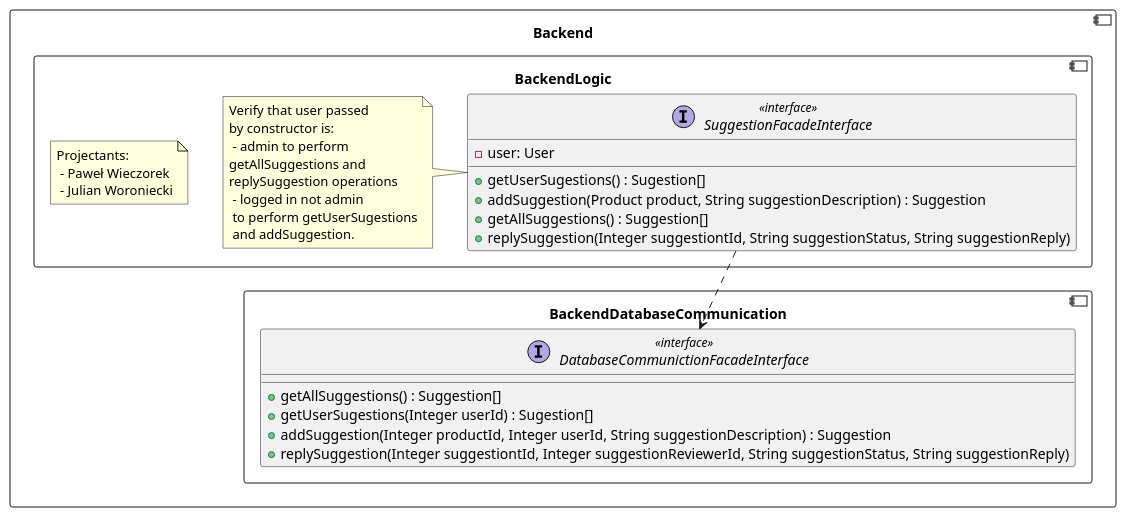
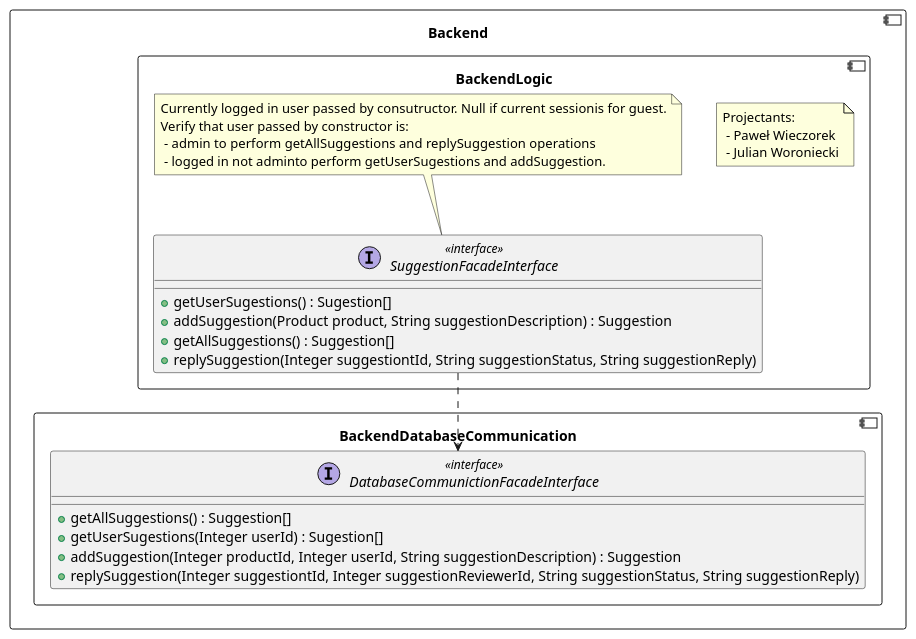
Before and after one commit to RadekBucki/OpinionCollectorArchitecture: the fourth of 5 diagrams in backend/BackendLogic.md, drawn with PlantUML. The commit also changed other lines of this file, not shown here.

Commit message:
Add comment instead of property to interface

````diff
--- a/backend/BackendLogic.md
+++ b/backend/BackendLogic.md
@@ -140,42 +137,37 @@
 ```plantuml
 @startuml
 component Backend {
     component BackendDatabaseCommunication {
         interface DatabaseCommunictionFacadeInterface <<interface>> {
             + getAllSuggestions() : Suggestion[]
             + getUserSugestions(Integer userId) : Sugestion[]
             + addSuggestion(Integer productId, Integer userId, String suggestionDescription) : Suggestion
             + replySuggestion(Integer suggestiontId, Integer suggestionReviewerId, String suggestionStatus, String suggestionReply)
         }
     }
     
     component BackendLogic {
         note as Authors
             Projectants: 
              - Paweł Wieczorek
              - Julian Woroniecki
         endnote
         
         SuggestionFacadeInterface  ..> DatabaseCommunictionFacadeInterface
         interface SuggestionFacadeInterface <<interface>> {
-            - user: User
             + getUserSugestions() : Sugestion[]
             + addSuggestion(Product product, String suggestionDescription) : Suggestion
             + getAllSuggestions() : Suggestion[]
             + replySuggestion(Integer suggestiontId, String suggestionStatus, String suggestionReply)
         }
     
-        note left of SuggestionFacadeInterface
-            Verify that user passed
-            by constructor is:
-             - admin to perform 
-            getAllSuggestions and
-            replySuggestion operations
-             - logged in not admin
-             to perform getUserSugestions
-             and addSuggestion.
+        note top of SuggestionFacadeInterface
+            Currently logged in user passed by consutructor. Null if current sessionis for guest.
+            Verify that user passed by constructor is:
+             - admin to perform  getAllSuggestions and replySuggestion operations
+             - logged in not adminto perform getUserSugestions and addSuggestion.
         endnote
     }
 }
 @enduml 
 ```
````
